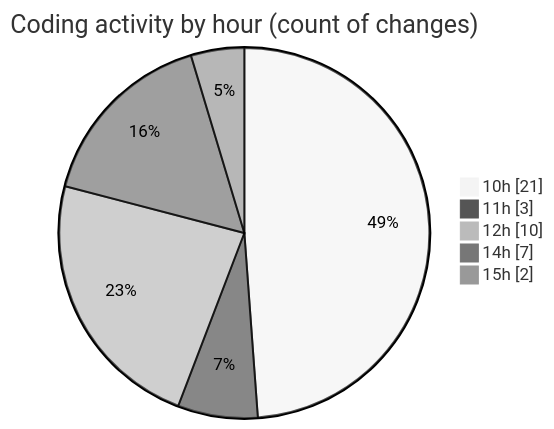
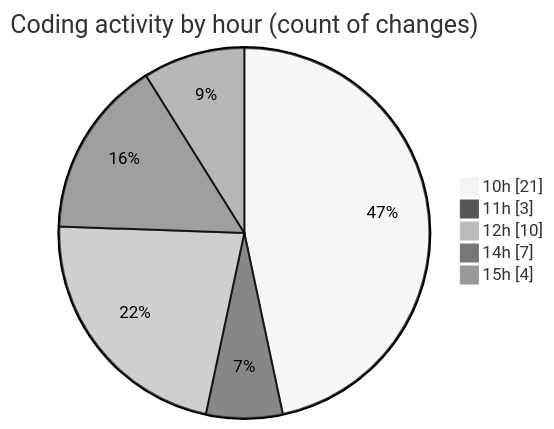
One commit to momahboobian/code-tracking changed the second of 2 diagrams in 2026-03-17/cda/README.md. Above: the diagram before and after it, drawn with Mermaid (neutral theme). The commit also changed other lines of this file and 1 other file, not shown here.

````diff
--- a/2026-03-17/cda/README.md
+++ b/2026-03-17/cda/README.md
@@ -40,9 +41,9 @@
 ```mermaid
 pie showData
 title Coding activity by hour (count of changes)
 "10h" : 21
 "11h" : 3
 "12h" : 10
 "14h" : 7
-"15h" : 2
+"15h" : 4
 ```
````
